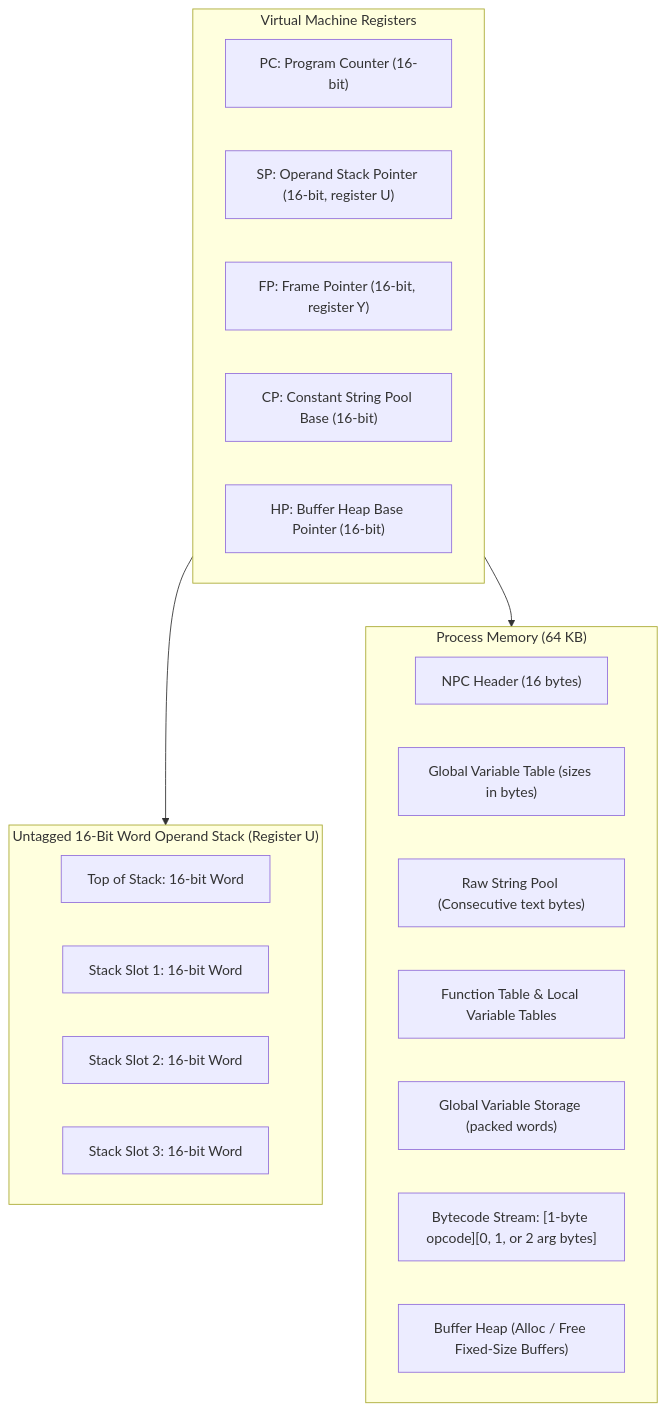
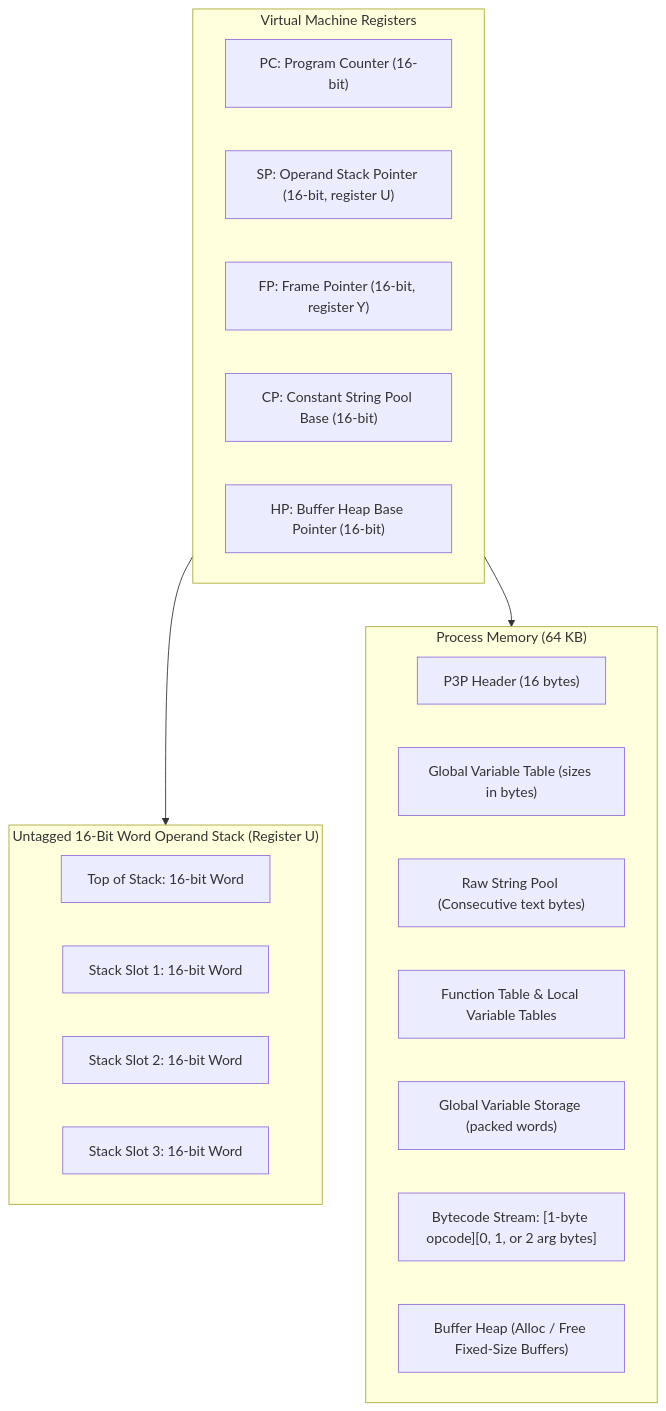
The diagram in par3-runtime/design.md (strickyak/minigolf), drawn with Mermaid before and after one commit. The commit also changed other lines of this file, not shown here.

````diff
--- a/par3-runtime/design.md
+++ b/par3-runtime/design.md
@@ -131,30 +132,30 @@
 ```mermaid
 flowchart TD
     subgraph VMRegisters ["Virtual Machine Registers"]
         PC["PC: Program Counter (16-bit)"]
         SP["SP: Operand Stack Pointer (16-bit, register U)"]
         FP["FP: Frame Pointer (16-bit, register Y)"]
         CP["CP: Constant String Pool Base (16-bit)"]
         HP["HP: Buffer Heap Base Pointer (16-bit)"]
     end
 
     subgraph StackLayout ["Untagged 16-Bit Word Operand Stack (Register U)"]
         S0["Top of Stack: 16-bit Word"]
         S1["Stack Slot 1:  16-bit Word"]
         S2["Stack Slot 2:  16-bit Word"]
         S3["Stack Slot 3:  16-bit Word"]
     end
 
     subgraph MemoryModel ["Process Memory (64 KB)"]
-        Hdr["NPC Header (16 bytes)"]
+        Hdr["P3P Header (16 bytes)"]
         GVarTab["Global Variable Table (sizes in bytes)"]
         SPool["Raw String Pool (Consecutive text bytes)"]
         FuncTab["Function Table & Local Variable Tables"]
         Globals["Global Variable Storage (packed words)"]
         Code["Bytecode Stream: [1-byte opcode][0, 1, or 2 arg bytes]"]
         Heap["Buffer Heap (Alloc / Free Fixed-Size Buffers)"]
     end
 
     VMRegisters --> StackLayout
     VMRegisters --> MemoryModel
 ```
````
